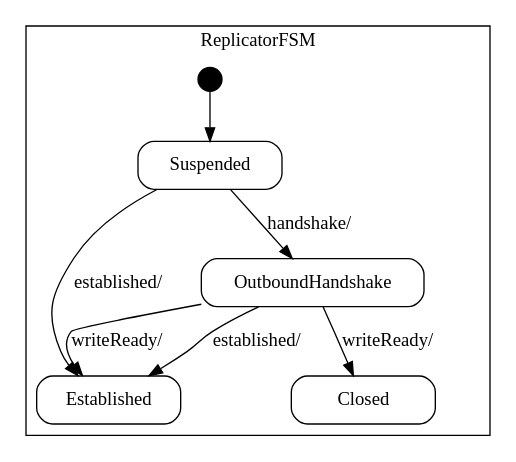
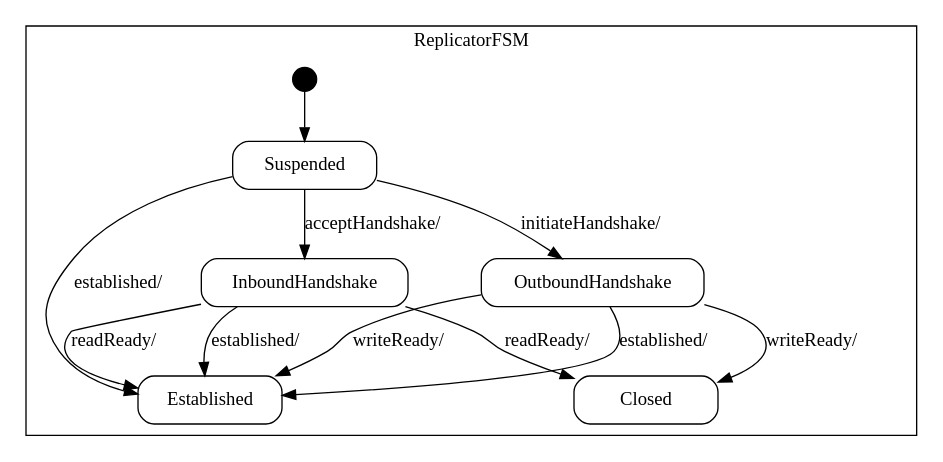
Before and after one commit to vmehra-sfdc/Ouroboros: the diagram in spindle/doc/Replicator_sm.dot, drawn with Graphviz. The commit also changed 10 other files, not shown here.

Commit message:
Eliminate the seperate handling of the Replicator handshake, as it was a lame way of handling things.

```diff
--- a/spindle/doc/Replicator_sm.dot
+++ b/spindle/doc/Replicator_sm.dot
@@ -1,51 +1,66 @@
 digraph Replicator {
 
     node
         [shape=Mrecord width=1.5];
 
     subgraph cluster_ReplicatorFSM {
 
         label="ReplicatorFSM";
 
         //
         // States (Nodes)
         //
 
         "ReplicatorFSM::Suspended"
             [label="{Suspended}"];
 
         "ReplicatorFSM::Established"
             [label="{Established}"];
 
+        "ReplicatorFSM::InboundHandshake"
+            [label="{InboundHandshake}"];
+
         "ReplicatorFSM::OutboundHandshake"
             [label="{OutboundHandshake}"];
 
         "ReplicatorFSM::Closed"
             [label="{Closed}"];
 
         "%start"
             [label="" shape=circle style=filled fillcolor=black width=0.25];
 
         //
         // Transitions (Edges)
         //
 
         "ReplicatorFSM::Suspended" -> "ReplicatorFSM::Established"
             [label="established/\l"];
 
         "ReplicatorFSM::Suspended" -> "ReplicatorFSM::OutboundHandshake"
-            [label="handshake/\l"];
+            [label="initiateHandshake/\l"];
+
+        "ReplicatorFSM::Suspended" -> "ReplicatorFSM::InboundHandshake"
+            [label="acceptHandshake/\l"];
+
+        "ReplicatorFSM::InboundHandshake" -> "ReplicatorFSM::Closed"
+            [label="readReady/\l"];
+
+        "ReplicatorFSM::InboundHandshake" -> "ReplicatorFSM::Established"
+            [label="readReady/\l"];
+
+        "ReplicatorFSM::InboundHandshake" -> "ReplicatorFSM::Established"
+            [label="established/\l"];
 
         "ReplicatorFSM::OutboundHandshake" -> "ReplicatorFSM::Closed"
             [label="writeReady/\l"];
 
         "ReplicatorFSM::OutboundHandshake" -> "ReplicatorFSM::Established"
             [label="writeReady/\l"];
 
         "ReplicatorFSM::OutboundHandshake" -> "ReplicatorFSM::Established"
             [label="established/\l"];
 
         "%start" -> "ReplicatorFSM::Suspended"
     }
 
 }
```
